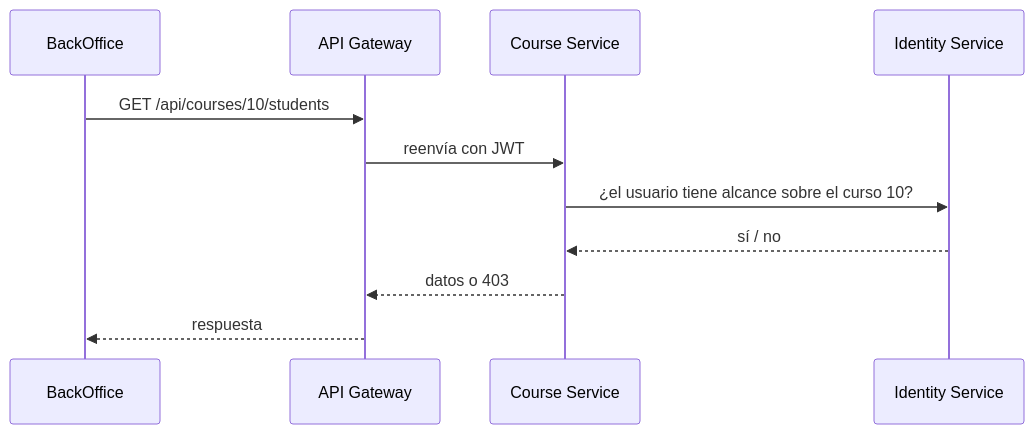
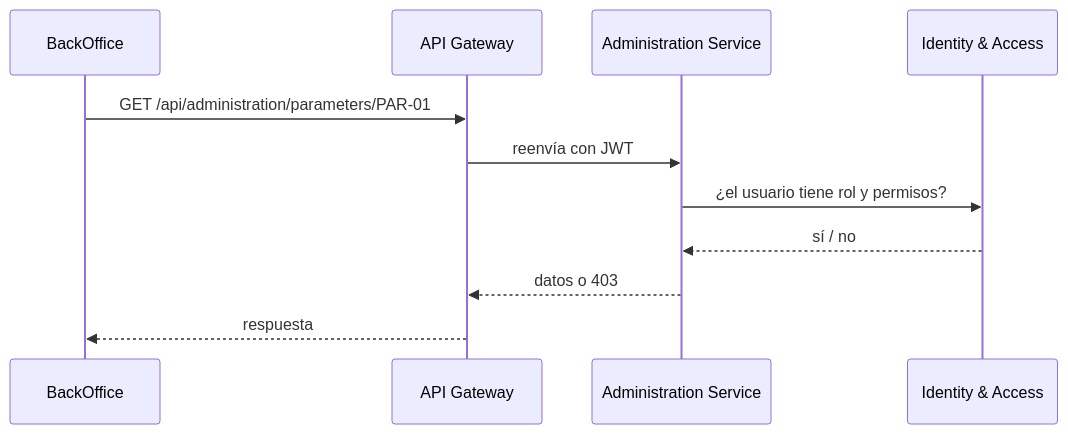
Before and after one commit to 2W2-114324-Carballo-Juarez-Mateo/backoffice-docs: the second of 6 diagrams in docs/backend/arquitectura/comunicacion.md, drawn with Mermaid. The commit also changed other lines of this file and 13 other files, not shown here.

Commit message:
docs: alinear alcance al BackOffice oficial (4 servicios: Identity&Access, Administration&Configuration, Reporting&Analytics, Audit) — sin cursos/desafíos/usuarios/avatar

````diff
--- a/docs/backend/arquitectura/comunicacion.md
+++ b/docs/backend/arquitectura/comunicacion.md
@@ -31,14 +31,14 @@
 ```mermaid
 sequenceDiagram
     participant B as BackOffice
     participant GW as API Gateway
-    participant CS as Course Service
-    participant ID as Identity Service
+    participant AD as Administration Service
+    participant ID as Identity & Access
 
-    B->>GW: GET /api/courses/10/students
-    GW->>CS: reenvía con JWT
-    CS->>ID: ¿el usuario tiene alcance sobre el curso 10?
-    ID-->>CS: sí / no
-    CS-->>GW: datos o 403
+    B->>GW: GET /api/administration/parameters/PAR-01
+    GW->>AD: reenvía con JWT
+    AD->>ID: ¿el usuario tiene rol y permisos?
+    ID-->>AD: sí / no
+    AD-->>GW: datos o 403
     GW-->>B: respuesta
 ```
````
